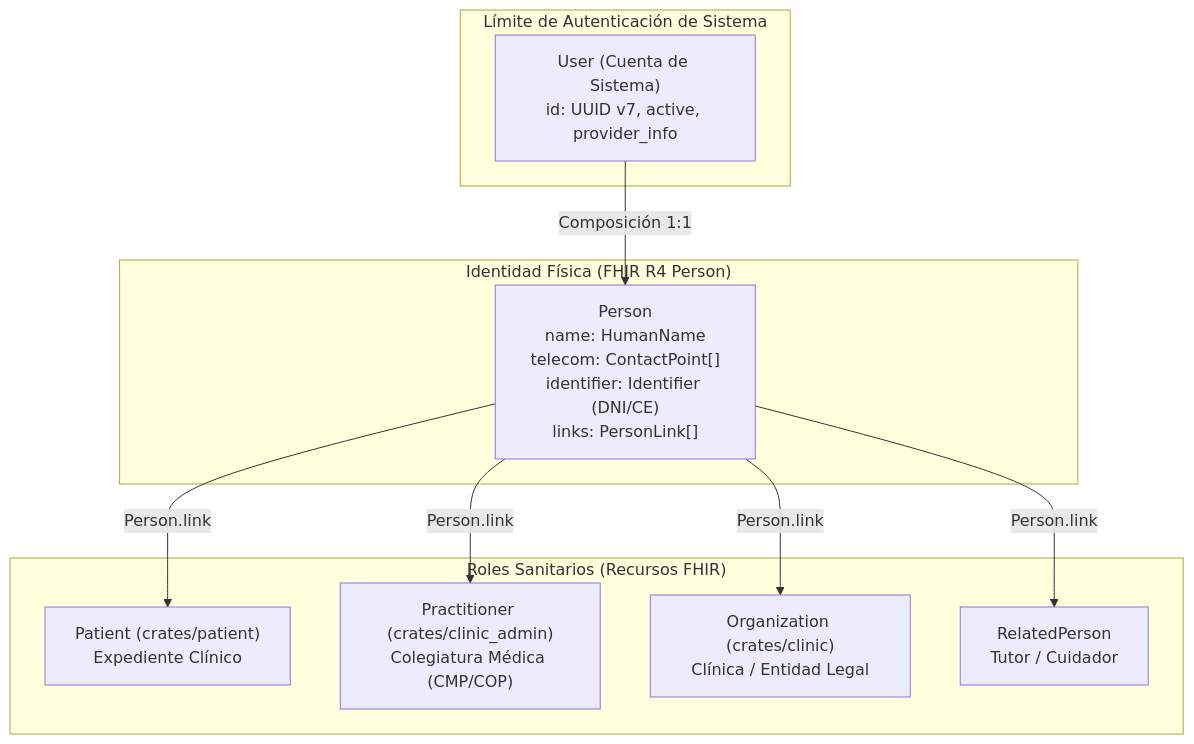
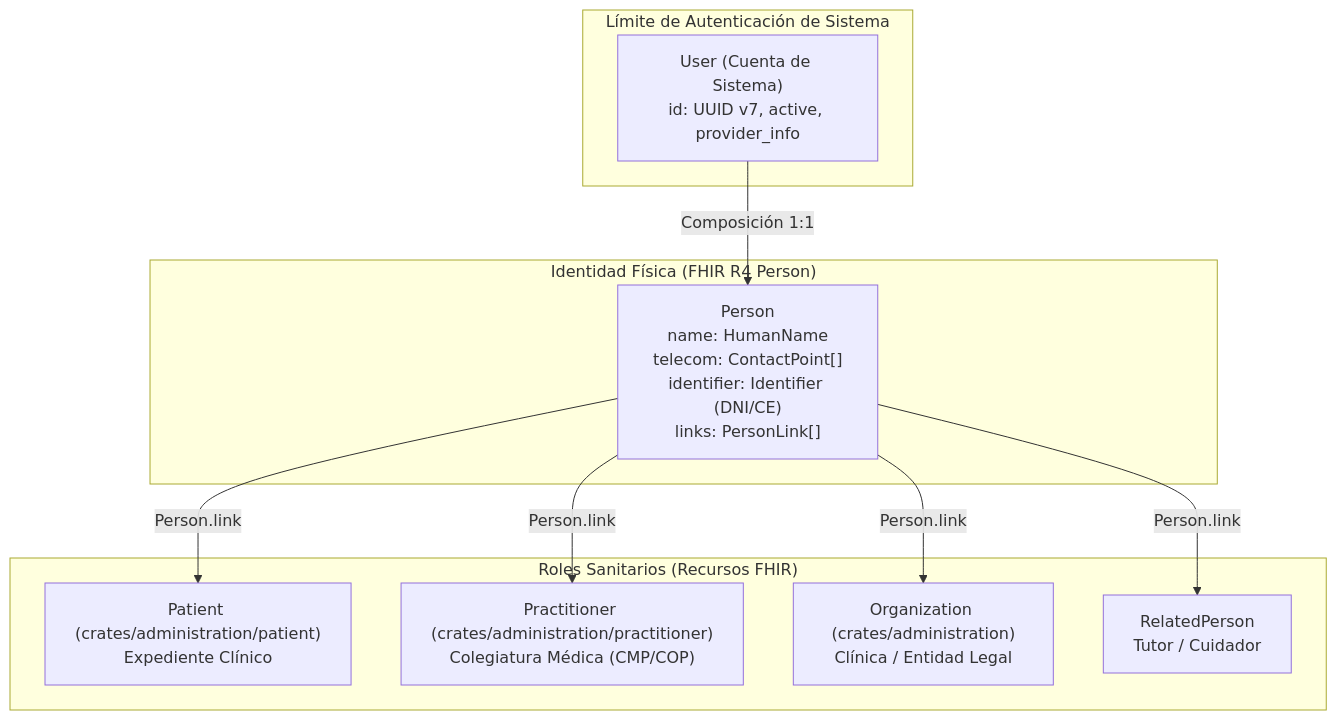
The eighth of 19 diagrams in backend/AGENTS.md (mamba-black/my-health-record), drawn with Mermaid before and after one commit. The commit also changed other lines of this file and 1 other file, not shown here.

````diff
--- a/backend/AGENTS.md
+++ b/backend/AGENTS.md
@@ -233,23 +428,23 @@
 ```mermaid
 graph TD
     subgraph auth_boundary["Límite de Autenticación de Sistema"]
         User["User (Cuenta de Sistema)<br/>id: UUID v7, active, provider_info"]
     end
 
     subgraph physical_identity["Identidad Física (FHIR R4 Person)"]
         Person["Person<br/>name: HumanName<br/>telecom: ContactPoint[]<br/>identifier: Identifier (DNI/CE)<br/>links: PersonLink[]"]
     end
 
     subgraph healthcare_roles["Roles Sanitarios (Recursos FHIR)"]
-        Patient["Patient (crates/patient)<br/>Expediente Clínico"]
-        Practitioner["Practitioner (crates/clinic_admin)<br/>Colegiatura Médica (CMP/COP)"]
-        Organization["Organization (crates/clinic)<br/>Clínica / Entidad Legal"]
+        Patient["Patient (crates/administration/patient)<br/>Expediente Clínico"]
+        Practitioner["Practitioner (crates/administration/practitioner)<br/>Colegiatura Médica (CMP/COP)"]
+        Organization["Organization (crates/administration)<br/>Clínica / Entidad Legal"]
         RelatedPerson["RelatedPerson<br/>Tutor / Cuidador"]
     end
 
     User -->|Composición 1:1| Person
     Person -->|Person.link| Patient
     Person -->|Person.link| Practitioner
     Person -->|Person.link| Organization
     Person -->|Person.link| RelatedPerson
 ```
````
